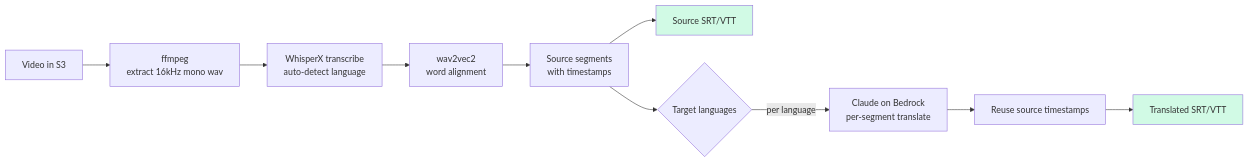
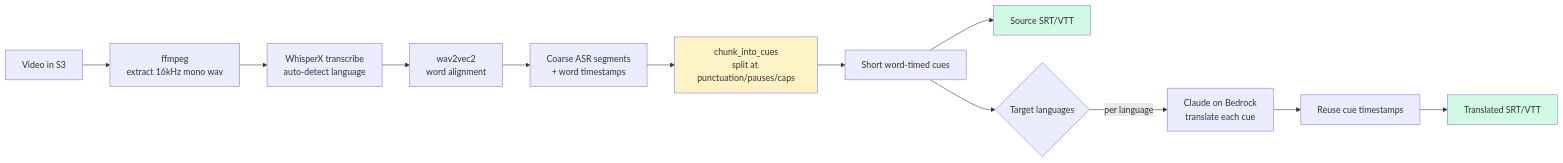
Before and after one commit to Ziyang-Liao/WhisperX: the fourth of 9 diagrams in docs/architecture.md, drawn with Mermaid. The commit also changed other lines of this file and 1 other file, not shown here.

First line of the commit message:
docs: sync architecture diagrams with current implementation

````diff
--- a/docs/architecture.md
+++ b/docs/architecture.md
@@ -112,15 +136,18 @@
 ```mermaid
 flowchart LR
     A[Video in S3] --> B[ffmpeg<br/>extract 16kHz mono wav]
     B --> C[WhisperX transcribe<br/>auto-detect language]
     C --> D[wav2vec2<br/>word alignment]
-    D --> E[Source segments<br/>with timestamps]
-    E --> F[Source SRT/VTT]
-    E --> G{Target languages}
-    G -->|per language| H[Claude on Bedrock<br/>per-segment translate]
-    H --> I[Reuse source timestamps]
+    D --> E[Coarse ASR segments<br/>+ word timestamps]
+    E --> K[chunk_into_cues<br/>split at punctuation/pauses/caps]
+    K --> L[Short word-timed cues]
+    L --> F[Source SRT/VTT]
+    L --> G{Target languages}
+    G -->|per language| H[Claude on Bedrock<br/>translate each cue]
+    H --> I[Reuse cue timestamps]
     I --> J[Translated SRT/VTT]
 
     style F fill:#d1fae5
     style J fill:#d1fae5
+    style K fill:#fef3c7
 ```
````
